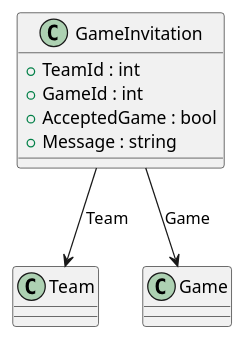
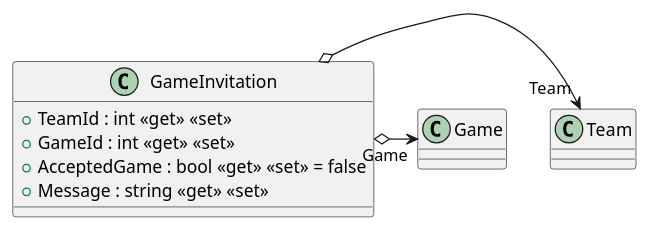
The diagram in src/AppForSEII.API/ClassDiagram/GameInvitation.puml (ISII2627Erasmus/Barca), drawn with PlantUML before and after one commit. The commit also changed 14 other files, not shown here.

Commit message:
Modify PurchaseStatus class and add class diagram files

```diff
--- a/src/AppForSEII.API/ClassDiagram/GameInvitation.puml
+++ b/src/AppForSEII.API/ClassDiagram/GameInvitation.puml
@@ -1,16 +1,10 @@
-@startuml GameInvitation
-
+@startuml
 class GameInvitation {
-    + TeamId : int
-    + GameId : int
-    + AcceptedGame : bool
-    + Message : string
+    + TeamId : int <<get>> <<set>>
+    + GameId : int <<get>> <<set>>
+    + AcceptedGame : bool <<get>> <<set>> = false
+    + Message : string <<get>> <<set>>
 }
-
-class Team
-class Game
-
-GameInvitation --> Team : Team
-GameInvitation --> Game : Game
-
+GameInvitation o-> "Team" Team
+GameInvitation o-> "Game" Game
 @enduml
```
